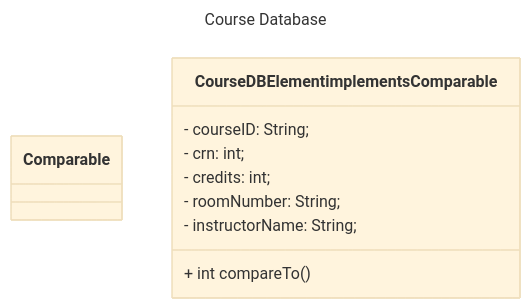
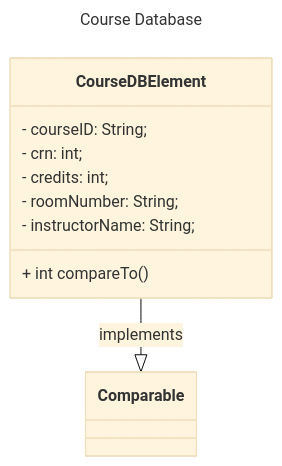
One commit to nick-nugat/nick-nugat.github.io changed the diagram in content/project-designs/cmsc204/NguyenNicholas_Assignment4_Design/assignment4-design.md. Above: the diagram before and after it, drawn with Mermaid (base theme). The commit also changed other lines of this file and 1 other file, not shown here.

Commit message:
vault backup: 2024-03-14 13:07:57
Affected files:
content/.obsidian/plugins/update-time-on-edit/data.json
content/project-designs/cmsc204/NguyenNicholas_Assignment4_Design/assignment4-design.md

````diff
--- a/content/project-designs/cmsc204/NguyenNicholas_Assignment4_Design/assignment4-design.md
+++ b/content/project-designs/cmsc204/NguyenNicholas_Assignment4_Design/assignment4-design.md
@@ -15,21 +15,23 @@
 ```mermaid
 ---
 title: Course Database
 ---
 classDiagram
 
 direction BT
-class Comparable
-class CourseDBElement implements Comparable { 
+
+Comparable <|-- CourseDBElement: implements
+
+class CourseDBElement { 
     
     - courseID: String;  
     - crn: int;  
     - credits: int;  
     - roomNumber: String;  
     - instructorName: String;  
   
     + int compareTo()
     
 }
 
 ```
````
